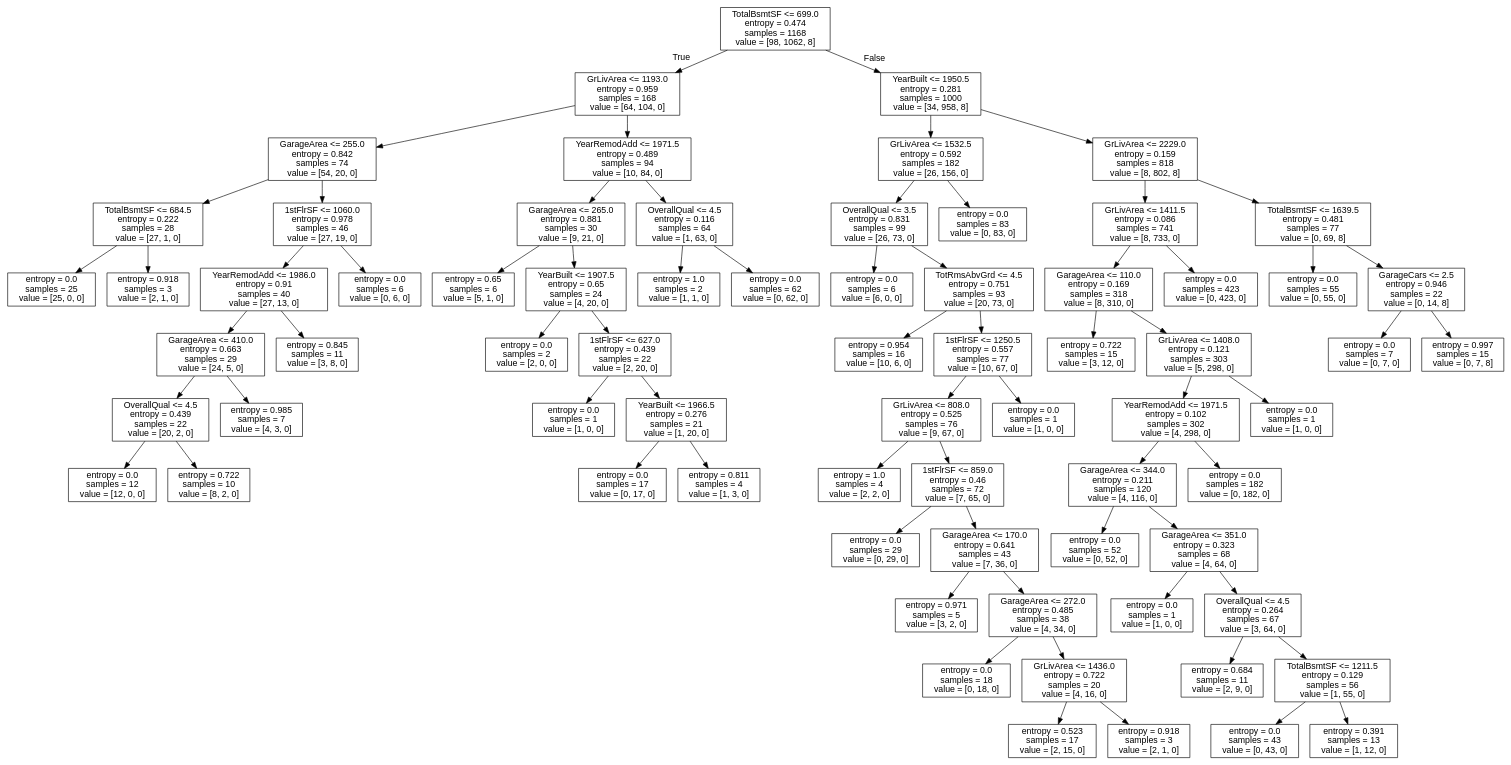
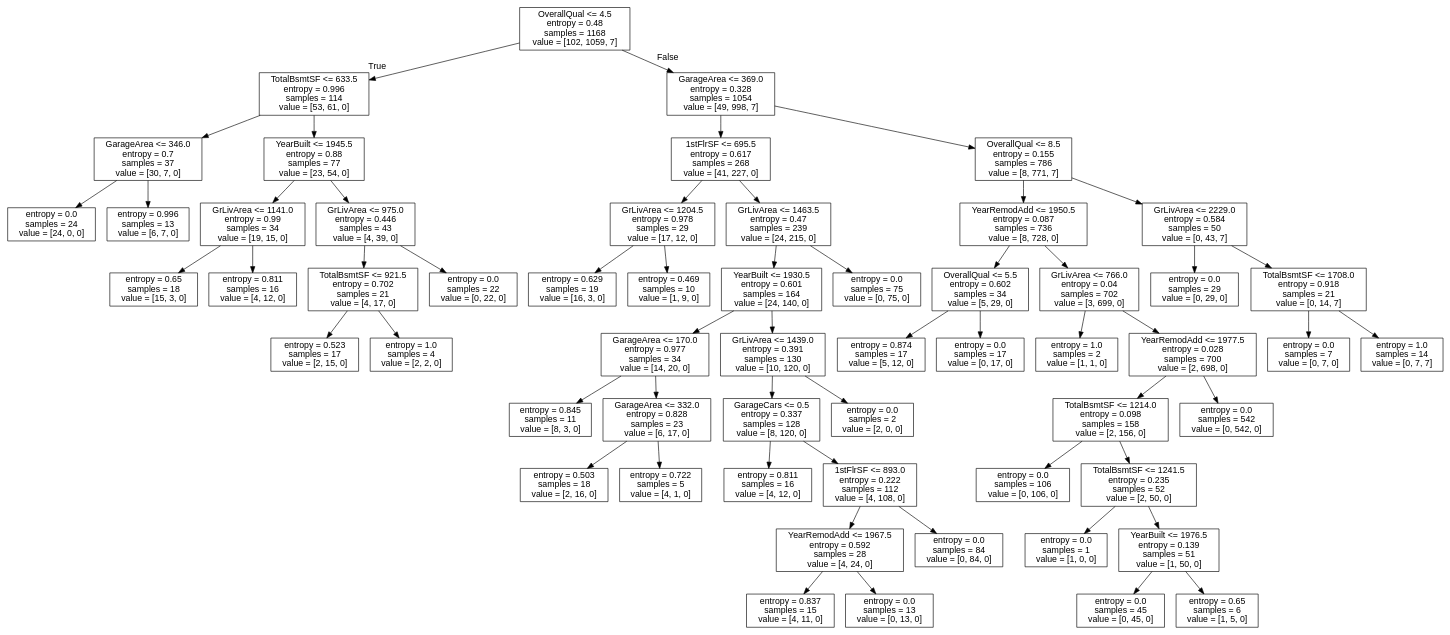
The diagram in out/tree_dc.dot (genomorro/unir), drawn with Graphviz before and after one commit. The commit also changed 1 other file, not shown here.

```diff
--- a/out/tree_dc.dot
+++ b/out/tree_dc.dot
@@ -1,145 +1,117 @@
 digraph Tree {
 node [shape=box, fontname="helvetica"] ;
 edge [fontname="helvetica"] ;
-0 [label="TotalBsmtSF <= 699.0\nentropy = 0.474\nsamples = 1168\nvalue = [98, 1062, 8]"] ;
-1 [label="GrLivArea <= 1193.0\nentropy = 0.959\nsamples = 168\nvalue = [64, 104, 0]"] ;
+0 [label="OverallQual <= 4.5\nentropy = 0.48\nsamples = 1168\nvalue = [102, 1059, 7]"] ;
+1 [label="TotalBsmtSF <= 633.5\nentropy = 0.996\nsamples = 114\nvalue = [53, 61, 0]"] ;
 0 -> 1 [labeldistance=2.5, labelangle=45, headlabel="True"] ;
-2 [label="GarageArea <= 255.0\nentropy = 0.842\nsamples = 74\nvalue = [54, 20, 0]"] ;
+2 [label="GarageArea <= 346.0\nentropy = 0.7\nsamples = 37\nvalue = [30, 7, 0]"] ;
 1 -> 2 ;
-3 [label="TotalBsmtSF <= 684.5\nentropy = 0.222\nsamples = 28\nvalue = [27, 1, 0]"] ;
+3 [label="entropy = 0.0\nsamples = 24\nvalue = [24, 0, 0]"] ;
 2 -> 3 ;
-4 [label="entropy = 0.0\nsamples = 25\nvalue = [25, 0, 0]"] ;
-3 -> 4 ;
-5 [label="entropy = 0.918\nsamples = 3\nvalue = [2, 1, 0]"] ;
-3 -> 5 ;
-6 [label="1stFlrSF <= 1060.0\nentropy = 0.978\nsamples = 46\nvalue = [27, 19, 0]"] ;
-2 -> 6 ;
-7 [label="YearRemodAdd <= 1986.0\nentropy = 0.91\nsamples = 40\nvalue = [27, 13, 0]"] ;
+4 [label="entropy = 0.996\nsamples = 13\nvalue = [6, 7, 0]"] ;
+2 -> 4 ;
+5 [label="YearBuilt <= 1945.5\nentropy = 0.88\nsamples = 77\nvalue = [23, 54, 0]"] ;
+1 -> 5 ;
+6 [label="GrLivArea <= 1141.0\nentropy = 0.99\nsamples = 34\nvalue = [19, 15, 0]"] ;
+5 -> 6 ;
+7 [label="entropy = 0.65\nsamples = 18\nvalue = [15, 3, 0]"] ;
 6 -> 7 ;
-8 [label="GarageArea <= 410.0\nentropy = 0.663\nsamples = 29\nvalue = [24, 5, 0]"] ;
-7 -> 8 ;
-9 [label="OverallQual <= 4.5\nentropy = 0.439\nsamples = 22\nvalue = [20, 2, 0]"] ;
-8 -> 9 ;
-10 [label="entropy = 0.0\nsamples = 12\nvalue = [12, 0, 0]"] ;
+8 [label="entropy = 0.811\nsamples = 16\nvalue = [4, 12, 0]"] ;
+6 -> 8 ;
+9 [label="GrLivArea <= 975.0\nentropy = 0.446\nsamples = 43\nvalue = [4, 39, 0]"] ;
+5 -> 9 ;
+10 [label="TotalBsmtSF <= 921.5\nentropy = 0.702\nsamples = 21\nvalue = [4, 17, 0]"] ;
 9 -> 10 ;
-11 [label="entropy = 0.722\nsamples = 10\nvalue = [8, 2, 0]"] ;
-9 -> 11 ;
-12 [label="entropy = 0.985\nsamples = 7\nvalue = [4, 3, 0]"] ;
-8 -> 12 ;
-13 [label="entropy = 0.845\nsamples = 11\nvalue = [3, 8, 0]"] ;
-7 -> 13 ;
-14 [label="entropy = 0.0\nsamples = 6\nvalue = [0, 6, 0]"] ;
-6 -> 14 ;
-15 [label="YearRemodAdd <= 1971.5\nentropy = 0.489\nsamples = 94\nvalue = [10, 84, 0]"] ;
-1 -> 15 ;
-16 [label="GarageArea <= 265.0\nentropy = 0.881\nsamples = 30\nvalue = [9, 21, 0]"] ;
+11 [label="entropy = 0.523\nsamples = 17\nvalue = [2, 15, 0]"] ;
+10 -> 11 ;
+12 [label="entropy = 1.0\nsamples = 4\nvalue = [2, 2, 0]"] ;
+10 -> 12 ;
+13 [label="entropy = 0.0\nsamples = 22\nvalue = [0, 22, 0]"] ;
+9 -> 13 ;
+14 [label="GarageArea <= 369.0\nentropy = 0.328\nsamples = 1054\nvalue = [49, 998, 7]"] ;
+0 -> 14 [labeldistance=2.5, labelangle=-45, headlabel="False"] ;
+15 [label="1stFlrSF <= 695.5\nentropy = 0.617\nsamples = 268\nvalue = [41, 227, 0]"] ;
+14 -> 15 ;
+16 [label="GrLivArea <= 1204.5\nentropy = 0.978\nsamples = 29\nvalue = [17, 12, 0]"] ;
 15 -> 16 ;
-17 [label="entropy = 0.65\nsamples = 6\nvalue = [5, 1, 0]"] ;
+17 [label="entropy = 0.629\nsamples = 19\nvalue = [16, 3, 0]"] ;
 16 -> 17 ;
-18 [label="YearBuilt <= 1907.5\nentropy = 0.65\nsamples = 24\nvalue = [4, 20, 0]"] ;
+18 [label="entropy = 0.469\nsamples = 10\nvalue = [1, 9, 0]"] ;
 16 -> 18 ;
-19 [label="entropy = 0.0\nsamples = 2\nvalue = [2, 0, 0]"] ;
-18 -> 19 ;
-20 [label="1stFlrSF <= 627.0\nentropy = 0.439\nsamples = 22\nvalue = [2, 20, 0]"] ;
-18 -> 20 ;
-21 [label="entropy = 0.0\nsamples = 1\nvalue = [1, 0, 0]"] ;
+19 [label="GrLivArea <= 1463.5\nentropy = 0.47\nsamples = 239\nvalue = [24, 215, 0]"] ;
+15 -> 19 ;
+20 [label="YearBuilt <= 1930.5\nentropy = 0.601\nsamples = 164\nvalue = [24, 140, 0]"] ;
+19 -> 20 ;
+21 [label="GarageArea <= 170.0\nentropy = 0.977\nsamples = 34\nvalue = [14, 20, 0]"] ;
 20 -> 21 ;
-22 [label="YearBuilt <= 1966.5\nentropy = 0.276\nsamples = 21\nvalue = [1, 20, 0]"] ;
-20 -> 22 ;
-23 [label="entropy = 0.0\nsamples = 17\nvalue = [0, 17, 0]"] ;
-22 -> 23 ;
-24 [label="entropy = 0.811\nsamples = 4\nvalue = [1, 3, 0]"] ;
-22 -> 24 ;
-25 [label="OverallQual <= 4.5\nentropy = 0.116\nsamples = 64\nvalue = [1, 63, 0]"] ;
-15 -> 25 ;
-26 [label="entropy = 1.0\nsamples = 2\nvalue = [1, 1, 0]"] ;
-25 -> 26 ;
-27 [label="entropy = 0.0\nsamples = 62\nvalue = [0, 62, 0]"] ;
-25 -> 27 ;
-28 [label="YearBuilt <= 1950.5\nentropy = 0.281\nsamples = 1000\nvalue = [34, 958, 8]"] ;
-0 -> 28 [labeldistance=2.5, labelangle=-45, headlabel="False"] ;
-29 [label="GrLivArea <= 1532.5\nentropy = 0.592\nsamples = 182\nvalue = [26, 156, 0]"] ;
-28 -> 29 ;
-30 [label="OverallQual <= 3.5\nentropy = 0.831\nsamples = 99\nvalue = [26, 73, 0]"] ;
+22 [label="entropy = 0.845\nsamples = 11\nvalue = [8, 3, 0]"] ;
+21 -> 22 ;
+23 [label="GarageArea <= 332.0\nentropy = 0.828\nsamples = 23\nvalue = [6, 17, 0]"] ;
+21 -> 23 ;
+24 [label="entropy = 0.503\nsamples = 18\nvalue = [2, 16, 0]"] ;
+23 -> 24 ;
+25 [label="entropy = 0.722\nsamples = 5\nvalue = [4, 1, 0]"] ;
+23 -> 25 ;
+26 [label="GrLivArea <= 1439.0\nentropy = 0.391\nsamples = 130\nvalue = [10, 120, 0]"] ;
+20 -> 26 ;
+27 [label="GarageCars <= 0.5\nentropy = 0.337\nsamples = 128\nvalue = [8, 120, 0]"] ;
+26 -> 27 ;
+28 [label="entropy = 0.811\nsamples = 16\nvalue = [4, 12, 0]"] ;
+27 -> 28 ;
+29 [label="1stFlrSF <= 893.0\nentropy = 0.222\nsamples = 112\nvalue = [4, 108, 0]"] ;
+27 -> 29 ;
+30 [label="YearRemodAdd <= 1967.5\nentropy = 0.592\nsamples = 28\nvalue = [4, 24, 0]"] ;
 29 -> 30 ;
-31 [label="entropy = 0.0\nsamples = 6\nvalue = [6, 0, 0]"] ;
+31 [label="entropy = 0.837\nsamples = 15\nvalue = [4, 11, 0]"] ;
 30 -> 31 ;
-32 [label="TotRmsAbvGrd <= 4.5\nentropy = 0.751\nsamples = 93\nvalue = [20, 73, 0]"] ;
+32 [label="entropy = 0.0\nsamples = 13\nvalue = [0, 13, 0]"] ;
 30 -> 32 ;
-33 [label="entropy = 0.954\nsamples = 16\nvalue = [10, 6, 0]"] ;
-32 -> 33 ;
-34 [label="1stFlrSF <= 1250.5\nentropy = 0.557\nsamples = 77\nvalue = [10, 67, 0]"] ;
-32 -> 34 ;
-35 [label="GrLivArea <= 808.0\nentropy = 0.525\nsamples = 76\nvalue = [9, 67, 0]"] ;
-34 -> 35 ;
-36 [label="entropy = 1.0\nsamples = 4\nvalue = [2, 2, 0]"] ;
-35 -> 36 ;
-37 [label="1stFlrSF <= 859.0\nentropy = 0.46\nsamples = 72\nvalue = [7, 65, 0]"] ;
-35 -> 37 ;
-38 [label="entropy = 0.0\nsamples = 29\nvalue = [0, 29, 0]"] ;
+33 [label="entropy = 0.0\nsamples = 84\nvalue = [0, 84, 0]"] ;
+29 -> 33 ;
+34 [label="entropy = 0.0\nsamples = 2\nvalue = [2, 0, 0]"] ;
+26 -> 34 ;
+35 [label="entropy = 0.0\nsamples = 75\nvalue = [0, 75, 0]"] ;
+19 -> 35 ;
+36 [label="OverallQual <= 8.5\nentropy = 0.155\nsamples = 786\nvalue = [8, 771, 7]"] ;
+14 -> 36 ;
+37 [label="YearRemodAdd <= 1950.5\nentropy = 0.087\nsamples = 736\nvalue = [8, 728, 0]"] ;
+36 -> 37 ;
+38 [label="OverallQual <= 5.5\nentropy = 0.602\nsamples = 34\nvalue = [5, 29, 0]"] ;
 37 -> 38 ;
-39 [label="GarageArea <= 170.0\nentropy = 0.641\nsamples = 43\nvalue = [7, 36, 0]"] ;
-37 -> 39 ;
-40 [label="entropy = 0.971\nsamples = 5\nvalue = [3, 2, 0]"] ;
-39 -> 40 ;
-41 [label="GarageArea <= 272.0\nentropy = 0.485\nsamples = 38\nvalue = [4, 34, 0]"] ;
-39 -> 41 ;
-42 [label="entropy = 0.0\nsamples = 18\nvalue = [0, 18, 0]"] ;
+39 [label="entropy = 0.874\nsamples = 17\nvalue = [5, 12, 0]"] ;
+38 -> 39 ;
+40 [label="entropy = 0.0\nsamples = 17\nvalue = [0, 17, 0]"] ;
+38 -> 40 ;
+41 [label="GrLivArea <= 766.0\nentropy = 0.04\nsamples = 702\nvalue = [3, 699, 0]"] ;
+37 -> 41 ;
+42 [label="entropy = 1.0\nsamples = 2\nvalue = [1, 1, 0]"] ;
 41 -> 42 ;
-43 [label="GrLivArea <= 1436.0\nentropy = 0.722\nsamples = 20\nvalue = [4, 16, 0]"] ;
+43 [label="YearRemodAdd <= 1977.5\nentropy = 0.028\nsamples = 700\nvalue = [2, 698, 0]"] ;
 41 -> 43 ;
-44 [label="entropy = 0.523\nsamples = 17\nvalue = [2, 15, 0]"] ;
+44 [label="TotalBsmtSF <= 1214.0\nentropy = 0.098\nsamples = 158\nvalue = [2, 156, 0]"] ;
 43 -> 44 ;
-45 [label="entropy = 0.918\nsamples = 3\nvalue = [2, 1, 0]"] ;
-43 -> 45 ;
-46 [label="entropy = 0.0\nsamples = 1\nvalue = [1, 0, 0]"] ;
-34 -> 46 ;
-47 [label="entropy = 0.0\nsamples = 83\nvalue = [0, 83, 0]"] ;
-29 -> 47 ;
-48 [label="GrLivArea <= 2229.0\nentropy = 0.159\nsamples = 818\nvalue = [8, 802, 8]"] ;
-28 -> 48 ;
-49 [label="GrLivArea <= 1411.5\nentropy = 0.086\nsamples = 741\nvalue = [8, 733, 0]"] ;
+45 [label="entropy = 0.0\nsamples = 106\nvalue = [0, 106, 0]"] ;
+44 -> 45 ;
+46 [label="TotalBsmtSF <= 1241.5\nentropy = 0.235\nsamples = 52\nvalue = [2, 50, 0]"] ;
+44 -> 46 ;
+47 [label="entropy = 0.0\nsamples = 1\nvalue = [1, 0, 0]"] ;
+46 -> 47 ;
+48 [label="YearBuilt <= 1976.5\nentropy = 0.139\nsamples = 51\nvalue = [1, 50, 0]"] ;
+46 -> 48 ;
+49 [label="entropy = 0.0\nsamples = 45\nvalue = [0, 45, 0]"] ;
 48 -> 49 ;
-50 [label="GarageArea <= 110.0\nentropy = 0.169\nsamples = 318\nvalue = [8, 310, 0]"] ;
-49 -> 50 ;
-51 [label="entropy = 0.722\nsamples = 15\nvalue = [3, 12, 0]"] ;
-50 -> 51 ;
-52 [label="GrLivArea <= 1408.0\nentropy = 0.121\nsamples = 303\nvalue = [5, 298, 0]"] ;
-50 -> 52 ;
-53 [label="YearRemodAdd <= 1971.5\nentropy = 0.102\nsamples = 302\nvalue = [4, 298, 0]"] ;
+50 [label="entropy = 0.65\nsamples = 6\nvalue = [1, 5, 0]"] ;
+48 -> 50 ;
+51 [label="entropy = 0.0\nsamples = 542\nvalue = [0, 542, 0]"] ;
+43 -> 51 ;
+52 [label="GrLivArea <= 2229.0\nentropy = 0.584\nsamples = 50\nvalue = [0, 43, 7]"] ;
+36 -> 52 ;
+53 [label="entropy = 0.0\nsamples = 29\nvalue = [0, 29, 0]"] ;
 52 -> 53 ;
-54 [label="GarageArea <= 344.0\nentropy = 0.211\nsamples = 120\nvalue = [4, 116, 0]"] ;
-53 -> 54 ;
-55 [label="entropy = 0.0\nsamples = 52\nvalue = [0, 52, 0]"] ;
+54 [label="TotalBsmtSF <= 1708.0\nentropy = 0.918\nsamples = 21\nvalue = [0, 14, 7]"] ;
+52 -> 54 ;
+55 [label="entropy = 0.0\nsamples = 7\nvalue = [0, 7, 0]"] ;
 54 -> 55 ;
-56 [label="GarageArea <= 351.0\nentropy = 0.323\nsamples = 68\nvalue = [4, 64, 0]"] ;
+56 [label="entropy = 1.0\nsamples = 14\nvalue = [0, 7, 7]"] ;
 54 -> 56 ;
-57 [label="entropy = 0.0\nsamples = 1\nvalue = [1, 0, 0]"] ;
-56 -> 57 ;
-58 [label="OverallQual <= 4.5\nentropy = 0.264\nsamples = 67\nvalue = [3, 64, 0]"] ;
-56 -> 58 ;
-59 [label="entropy = 0.684\nsamples = 11\nvalue = [2, 9, 0]"] ;
-58 -> 59 ;
-60 [label="TotalBsmtSF <= 1211.5\nentropy = 0.129\nsamples = 56\nvalue = [1, 55, 0]"] ;
-58 -> 60 ;
-61 [label="entropy = 0.0\nsamples = 43\nvalue = [0, 43, 0]"] ;
-60 -> 61 ;
-62 [label="entropy = 0.391\nsamples = 13\nvalue = [1, 12, 0]"] ;
-60 -> 62 ;
-63 [label="entropy = 0.0\nsamples = 182\nvalue = [0, 182, 0]"] ;
-53 -> 63 ;
-64 [label="entropy = 0.0\nsamples = 1\nvalue = [1, 0, 0]"] ;
-52 -> 64 ;
-65 [label="entropy = 0.0\nsamples = 423\nvalue = [0, 423, 0]"] ;
-49 -> 65 ;
-66 [label="TotalBsmtSF <= 1639.5\nentropy = 0.481\nsamples = 77\nvalue = [0, 69, 8]"] ;
-48 -> 66 ;
-67 [label="entropy = 0.0\nsamples = 55\nvalue = [0, 55, 0]"] ;
-66 -> 67 ;
-68 [label="GarageCars <= 2.5\nentropy = 0.946\nsamples = 22\nvalue = [0, 14, 8]"] ;
-66 -> 68 ;
-69 [label="entropy = 0.0\nsamples = 7\nvalue = [0, 7, 0]"] ;
-68 -> 69 ;
-70 [label="entropy = 0.997\nsamples = 15\nvalue = [0, 7, 8]"] ;
-68 -> 70 ;
 }
```
